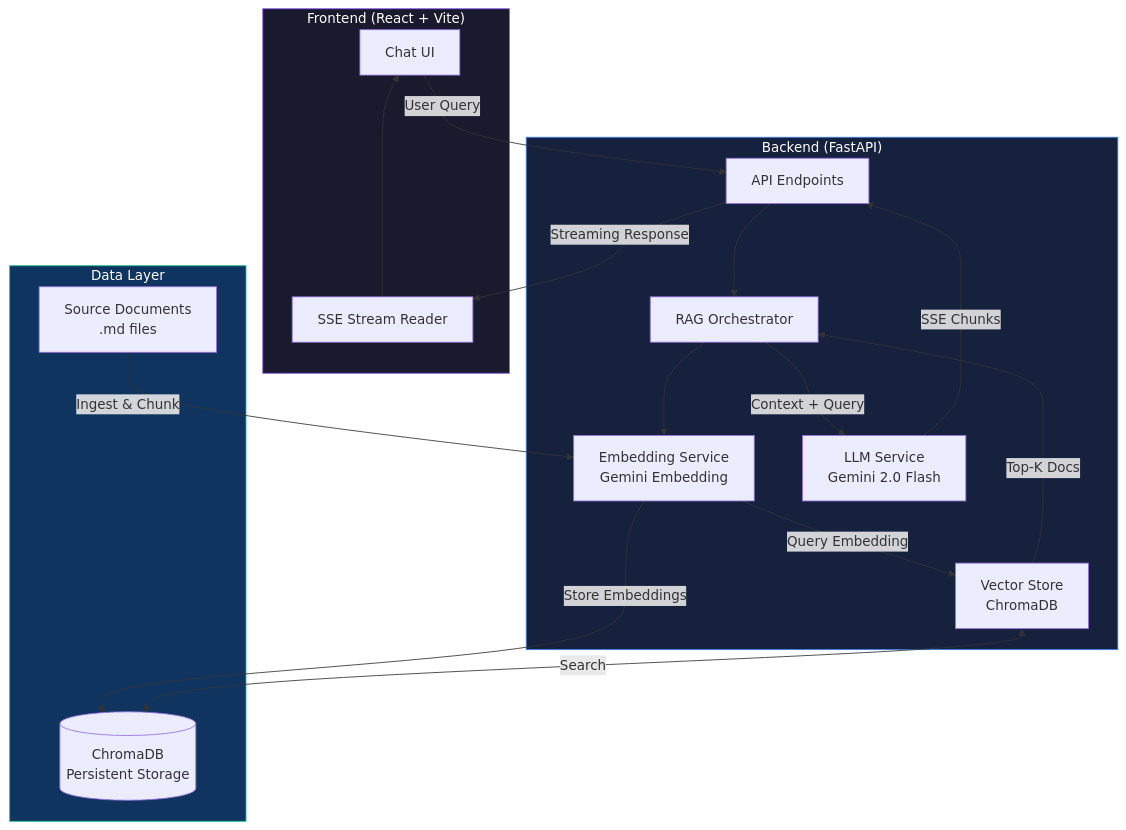
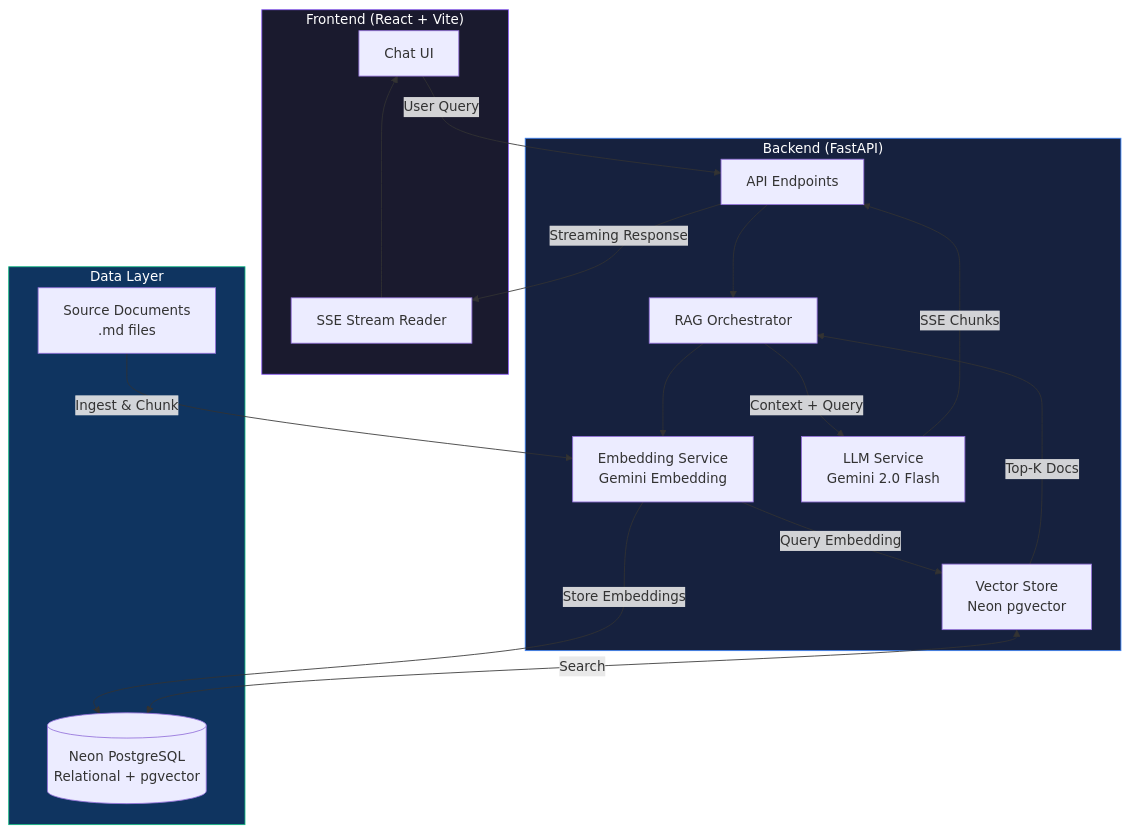
Before and after one commit to yongjiexue88/coding-exercise: the diagram in README.md, drawn with Mermaid. The commit also changed other lines of this file and 5 other files, not shown here.

````diff
--- a/README.md
+++ b/README.md
@@ -9,36 +9,36 @@
 ```mermaid
 flowchart TB
     subgraph Frontend["Frontend (React + Vite)"]
         UI["Chat UI"]
         SSE["SSE Stream Reader"]
     end
 
     subgraph Backend["Backend (FastAPI)"]
         API["API Endpoints"]
         EMB["Embedding Service<br/>Gemini Embedding"]
-        VS["Vector Store<br/>ChromaDB"]
+        VS["Vector Store<br/>Neon pgvector"]
         LLM["LLM Service<br/>Gemini 2.0 Flash"]
         RAG["RAG Orchestrator"]
     end
 
     subgraph Data["Data Layer"]
         DOCS["Source Documents<br/>.md files"]
-        CHROMA[("ChromaDB<br/>Persistent Storage")]
+        NEON[("Neon PostgreSQL<br/>Relational + pgvector")]
     end
 
     UI -->|"User Query"| API
     API --> RAG
     RAG --> EMB -->|"Query Embedding"| VS
     VS -->|"Top-K Docs"| RAG
     RAG -->|"Context + Query"| LLM
     LLM -->|"SSE Chunks"| API
     API -->|"Streaming Response"| SSE --> UI
 
     DOCS -->|"Ingest & Chunk"| EMB
-    EMB -->|"Store Embeddings"| CHROMA
-    VS <-->|"Search"| CHROMA
+    EMB -->|"Store Embeddings"| NEON
+    VS <-->|"Search"| NEON
 
     style Frontend fill:#1a1a2e,stroke:#8b5cf6,color:#fff
     style Backend fill:#16213e,stroke:#3b82f6,color:#fff
     style Data fill:#0f3460,stroke:#10b981,color:#fff
 ```
````
